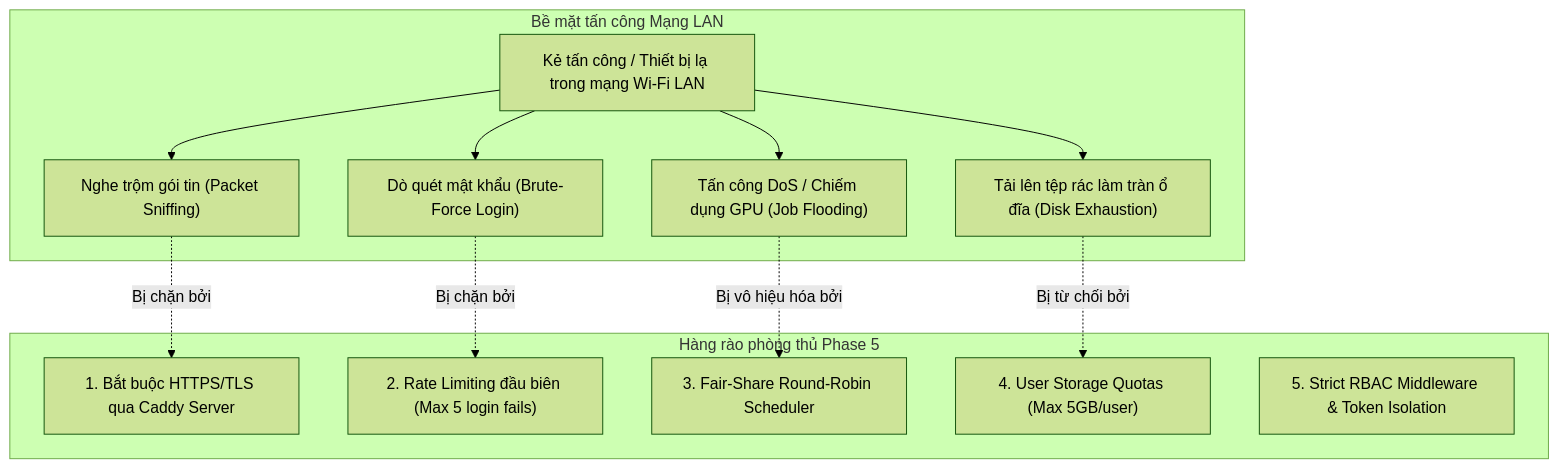
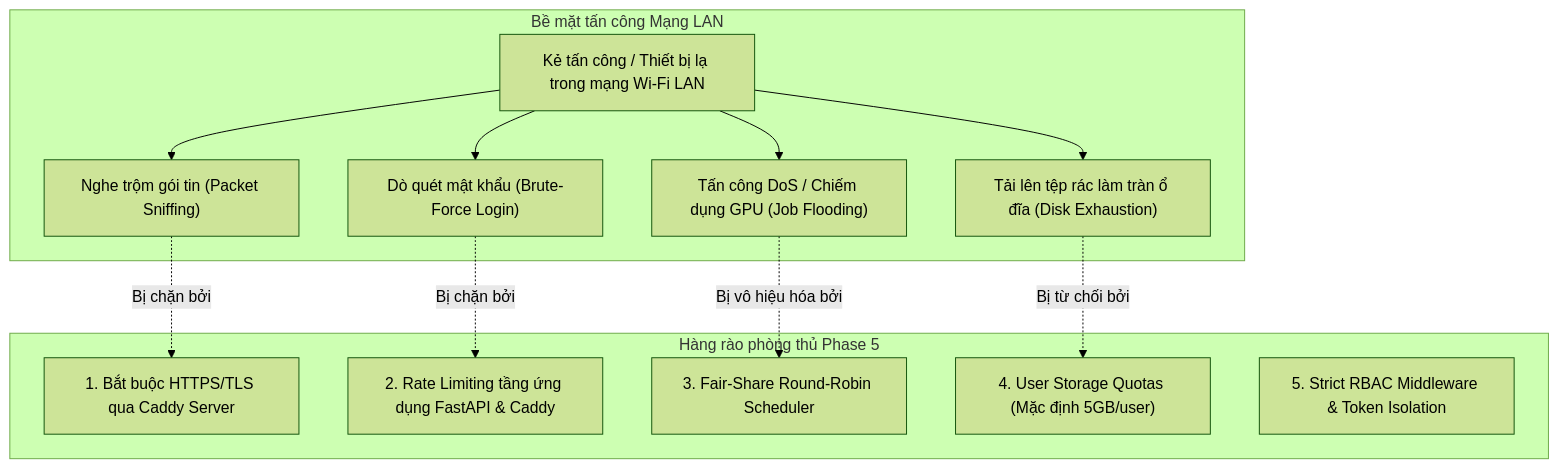
The diagram in docs/reports/reviews/PHASE_05_PREFLIGHT_AUDIT_AND_THREAT_MODEL.md (piuplatform-hub/Piu-TTS-Local), drawn with Mermaid (forest theme) before and after one commit. The commit also changed other lines of this file and 24 other files, not shown here.

````diff
--- a/docs/reports/reviews/PHASE_05_PREFLIGHT_AUDIT_AND_THREAT_MODEL.md
+++ b/docs/reports/reviews/PHASE_05_PREFLIGHT_AUDIT_AND_THREAT_MODEL.md
@@ -143,23 +143,23 @@
 ```mermaid
 flowchart TD
     subgraph LAN_ATTACK_SURFACE["Bề mặt tấn công Mạng LAN"]
         Attacker["Kẻ tấn công / Thiết bị lạ trong mạng Wi-Fi LAN"]
         Eavesdrop["Nghe trộm gói tin (Packet Sniffing)"]
         BruteForce["Dò quét mật khẩu (Brute-Force Login)"]
         SpamJobs["Tấn công DoS / Chiếm dụng GPU (Job Flooding)"]
         DiskFill["Tải lên tệp rác làm tràn ổ đĩa (Disk Exhaustion)"]
     end
 
     subgraph DEFENSE_LAYERS["Hàng rào phòng thủ Phase 5"]
         TLS["1. Bắt buộc HTTPS/TLS qua Caddy Server"]
-        RateLimit["2. Rate Limiting đầu biên (Max 5 login fails)"]
+        RateLimit["2. Rate Limiting tầng ứng dụng FastAPI & Caddy"]
         FairShare["3. Fair-Share Round-Robin Scheduler"]
-        Quotas["4. User Storage Quotas (Max 5GB/user)"]
+        Quotas["4. User Storage Quotas (Mặc định 5GB/user)"]
         RBAC["5. Strict RBAC Middleware & Token Isolation"]
     end
 
     Attacker --> Eavesdrop -.->|Bị chặn bởi| TLS
     Attacker --> BruteForce -.->|Bị chặn bởi| RateLimit
     Attacker --> SpamJobs -.->|Bị vô hiệu hóa bởi| FairShare
     Attacker --> DiskFill -.->|Bị từ chối bởi| Quotas
 ```
````
